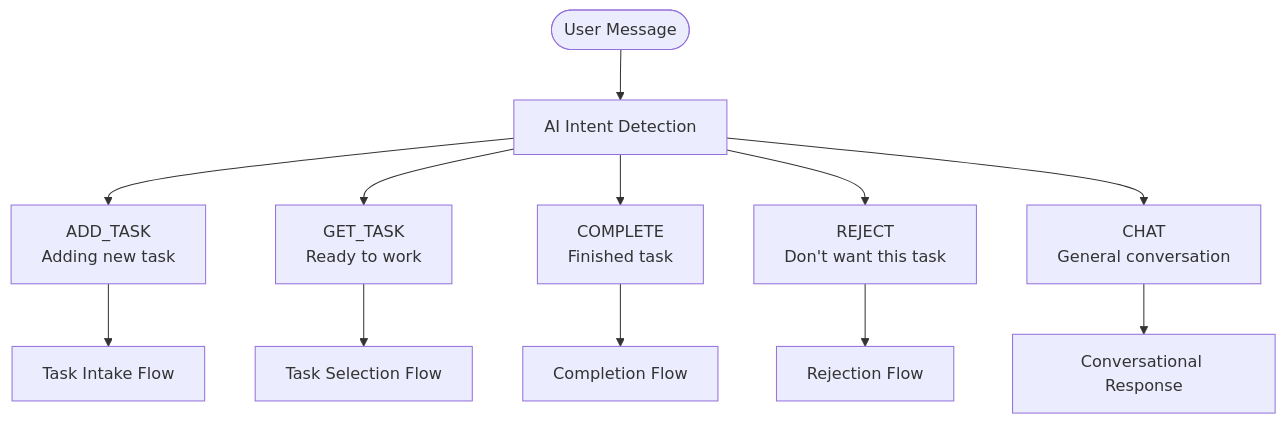
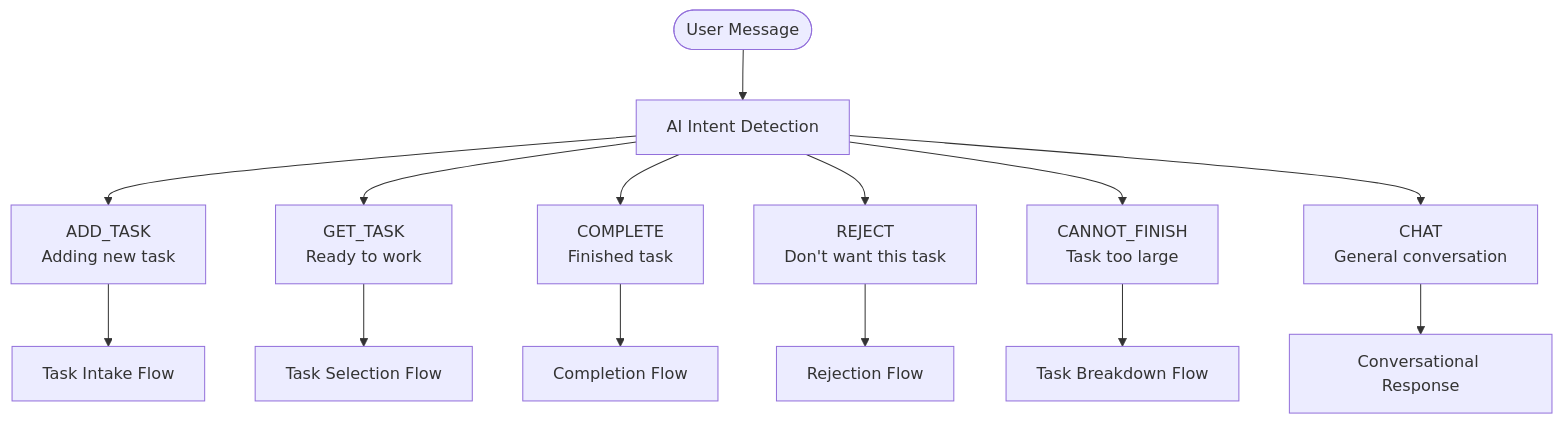
The first of 20 diagrams in docs/user-interactions.md (NickBorgers/hide-my-list), drawn with Mermaid before and after one commit. The commit also changed other lines of this file and 4 other files, not shown here.

First line of the commit message:
Add CANNOT_FINISH command and automatic task breakdown

````diff
--- a/docs/user-interactions.md
+++ b/docs/user-interactions.md
@@ -9,16 +9,18 @@
 ```mermaid
 flowchart TD
     Message([User Message]) --> Detect[AI Intent Detection]
 
     Detect --> AddTask["ADD_TASK<br/>Adding new task"]
     Detect --> GetTask["GET_TASK<br/>Ready to work"]
     Detect --> Complete["COMPLETE<br/>Finished task"]
     Detect --> Reject["REJECT<br/>Don't want this task"]
+    Detect --> CannotFinish["CANNOT_FINISH<br/>Task too large"]
     Detect --> Chat["CHAT<br/>General conversation"]
 
     AddTask --> IntakeFlow[Task Intake Flow]
     GetTask --> SelectionFlow[Task Selection Flow]
     Complete --> CompletionFlow[Completion Flow]
     Reject --> RejectionFlow[Rejection Flow]
+    CannotFinish --> BreakdownFlow[Task Breakdown Flow]
     Chat --> ChatResponse[Conversational Response]
 ```
````
